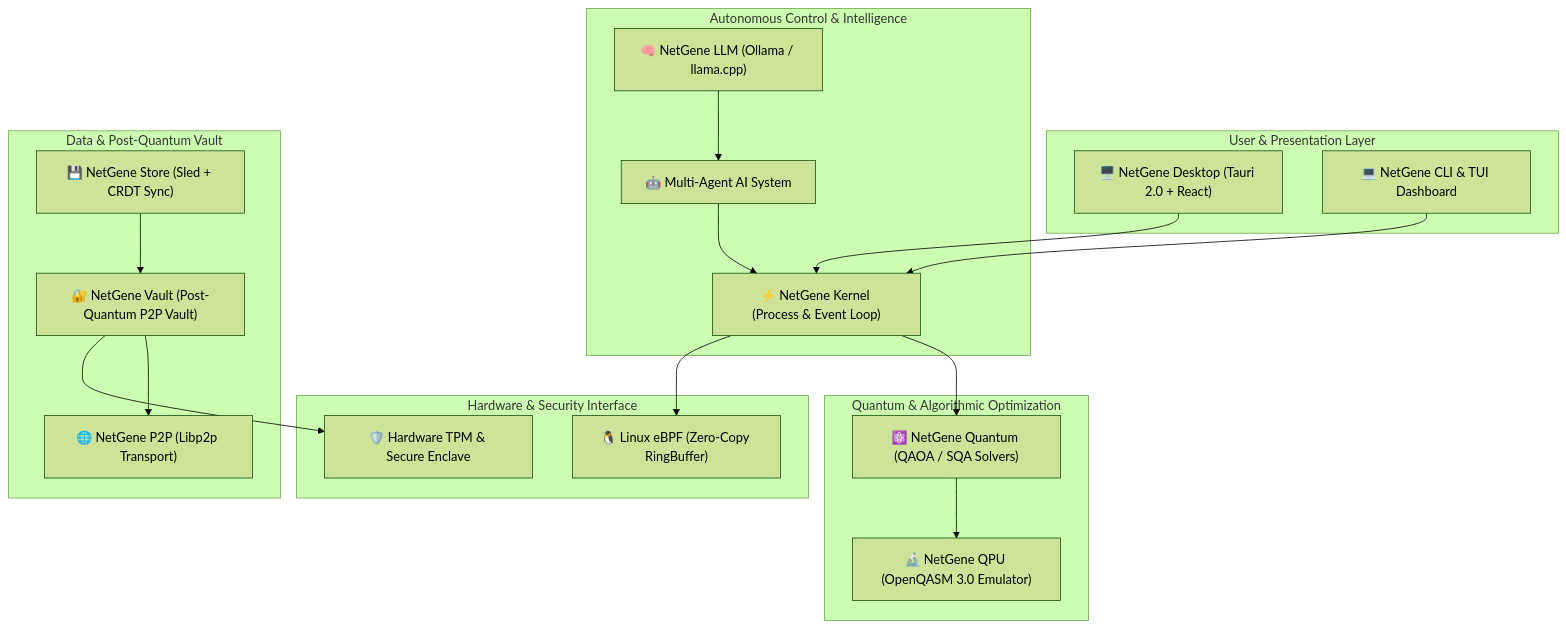
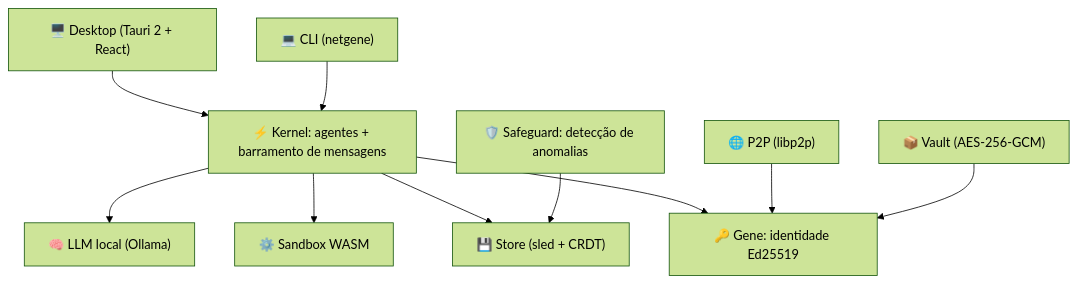
Before and after one commit to willan23/netgene-os: the diagram in README.md, drawn with Mermaid (forest theme). The commit also changed other lines of this file and 120 other files, not shown here.

````diff
--- a/README.md
+++ b/README.md
@@ -44,40 +29,12 @@
 ```mermaid
 graph TD
-    subgraph User & Presentation Layer
-        GUI["🖥️ NetGene Desktop (Tauri 2.0 + React)"]
-        CLI["💻 NetGene CLI & TUI Dashboard"]
-    end
-
-    subgraph Autonomous Control & Intelligence
-        Kernel["⚡ NetGene Kernel (Process & Event Loop)"]
-        Agent["🤖 Multi-Agent AI System"]
-        LLM["🧠 NetGene LLM (Ollama / llama.cpp)"]
-        Agent --> Kernel
-        LLM --> Agent
-    end
-
-    subgraph Quantum & Algorithmic Optimization
-        Quantum["⚛️ NetGene Quantum (QAOA / SQA Solvers)"]
-        QPU["🔬 NetGene QPU (OpenQASM 3.0 Emulator)"]
-        Quantum --> QPU
-        Kernel --> Quantum
-    end
-
-    subgraph Data & Post-Quantum Vault
-        Store["💾 NetGene Store (Sled + CRDT Sync)"]
-        Vault["🔐 NetGene Vault (Post-Quantum P2P Vault)"]
-        P2P["🌐 NetGene P2P (Libp2p Transport)"]
-        Store --> Vault
-        Vault --> P2P
-    end
-
-    subgraph Hardware & Security Interface
-        eBPF["🐧 Linux eBPF (Zero-Copy RingBuffer)"]
-        TPM["🛡️ Hardware TPM & Secure Enclave"]
-        Kernel --> eBPF
-        Vault --> TPM
-    end
-
-    GUI --> Kernel
-    CLI --> Kernel
+    UI["🖥️ Desktop (Tauri 2 + React)"] --> K
+    CLI["💻 CLI (netgene)"] --> K
+    K["⚡ Kernel: agentes + barramento de mensagens"] --> LLM["🧠 LLM local (Ollama)"]
+    K --> W["⚙️ Sandbox WASM"]
+    K --> S["💾 Store (sled + CRDT)"]
+    K --> G["🔑 Gene: identidade Ed25519"]
+    P["🌐 P2P (libp2p)"] --> G
+    V["📦 Vault (AES-256-GCM)"] --> G
+    SG["🛡️ Safeguard: detecção de anomalias"] --> S
 ```
````
